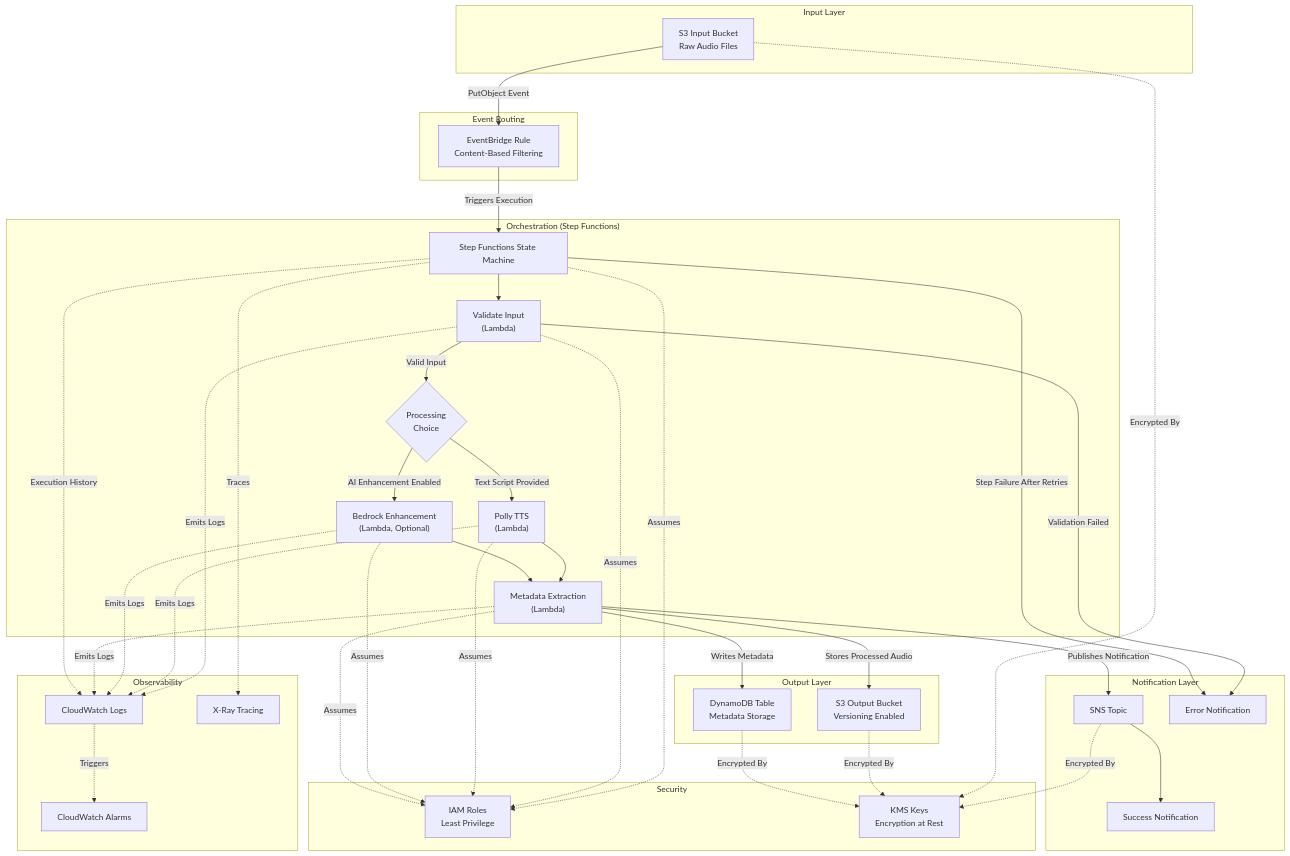
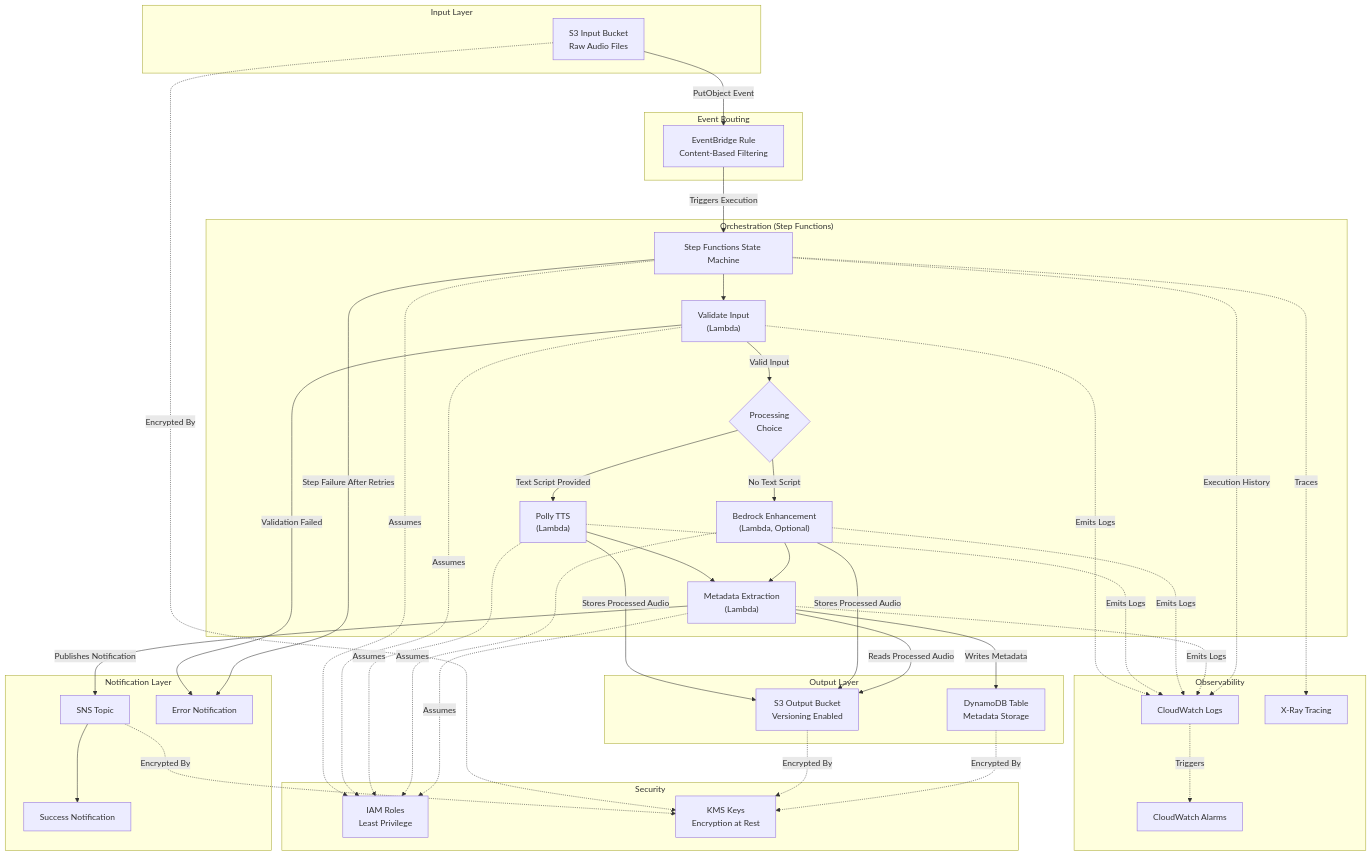
One commit to obstreperous-ai/cdk-sleep-java-kiro changed the diagram in ARCHITECTURE.md. Above: the diagram before and after it, drawn with Mermaid. The commit also changed other lines of this file, not shown here.

Commit message:
docs: resolve architecture review inconsistencies

````diff
--- a/ARCHITECTURE.md
+++ b/ARCHITECTURE.md
@@ -188,79 +187,81 @@
 ```mermaid
 flowchart TD
     subgraph Input["Input Layer"]
         S3Input["S3 Input Bucket\nRaw Audio Files"]
     end
 
     subgraph EventRouting["Event Routing"]
         EBRule["EventBridge Rule\nContent-Based Filtering"]
     end
 
     subgraph Orchestration["Orchestration (Step Functions)"]
         SFN["Step Functions State Machine"]
         Validate["Validate Input\n(Lambda)"]
         Choice{"Processing\nChoice"}
         PollyTTS["Polly TTS\n(Lambda)"]
         BedrockEnhance["Bedrock Enhancement\n(Lambda, Optional)"]
         MetadataExtract["Metadata Extraction\n(Lambda)"]
     end
 
     subgraph OutputLayer["Output Layer"]
         S3Output["S3 Output Bucket\nVersioning Enabled"]
         DDB["DynamoDB Table\nMetadata Storage"]
     end
 
     subgraph Notification["Notification Layer"]
         SNSTopic["SNS Topic"]
         SuccessPath["Success Notification"]
         ErrorPath["Error Notification"]
     end
 
     subgraph Observability["Observability"]
         CWLogs["CloudWatch Logs"]
         CWAlarms["CloudWatch Alarms"]
         XRay["X-Ray Tracing"]
     end
 
     subgraph Security["Security"]
         IAMRoles["IAM Roles\nLeast Privilege"]
         KMSKeys["KMS Keys\nEncryption at Rest"]
     end
 
     %% Main data flow
     S3Input -->|"PutObject Event"| EBRule
     EBRule -->|"Triggers Execution"| SFN
     SFN --> Validate
     Validate -->|"Valid Input"| Choice
     Choice -->|"Text Script Provided"| PollyTTS
-    Choice -->|"AI Enhancement Enabled"| BedrockEnhance
+    Choice -->|"No Text Script"| BedrockEnhance
+    PollyTTS -->|"Stores Processed Audio"| S3Output
+    BedrockEnhance -->|"Stores Processed Audio"| S3Output
     PollyTTS --> MetadataExtract
     BedrockEnhance --> MetadataExtract
-    MetadataExtract -->|"Stores Processed Audio"| S3Output
+    MetadataExtract -->|"Reads Processed Audio"| S3Output
     MetadataExtract -->|"Writes Metadata"| DDB
     MetadataExtract -->|"Publishes Notification"| SNSTopic
     SNSTopic --> SuccessPath
 
     %% Error flow
     Validate -->|"Validation Failed"| ErrorPath
     SFN -->|"Step Failure After Retries"| ErrorPath
 
     %% Observability connections
     Validate -.->|"Emits Logs"| CWLogs
     PollyTTS -.->|"Emits Logs"| CWLogs
     BedrockEnhance -.->|"Emits Logs"| CWLogs
     MetadataExtract -.->|"Emits Logs"| CWLogs
     SFN -.->|"Execution History"| CWLogs
     CWLogs -.->|"Triggers"| CWAlarms
     SFN -.->|"Traces"| XRay
 
     %% Security connections
     S3Input -.->|"Encrypted By"| KMSKeys
     S3Output -.->|"Encrypted By"| KMSKeys
     DDB -.->|"Encrypted By"| KMSKeys
     SNSTopic -.->|"Encrypted By"| KMSKeys
     SFN -.->|"Assumes"| IAMRoles
     Validate -.->|"Assumes"| IAMRoles
     PollyTTS -.->|"Assumes"| IAMRoles
     BedrockEnhance -.->|"Assumes"| IAMRoles
     MetadataExtract -.->|"Assumes"| IAMRoles
 ```
````
